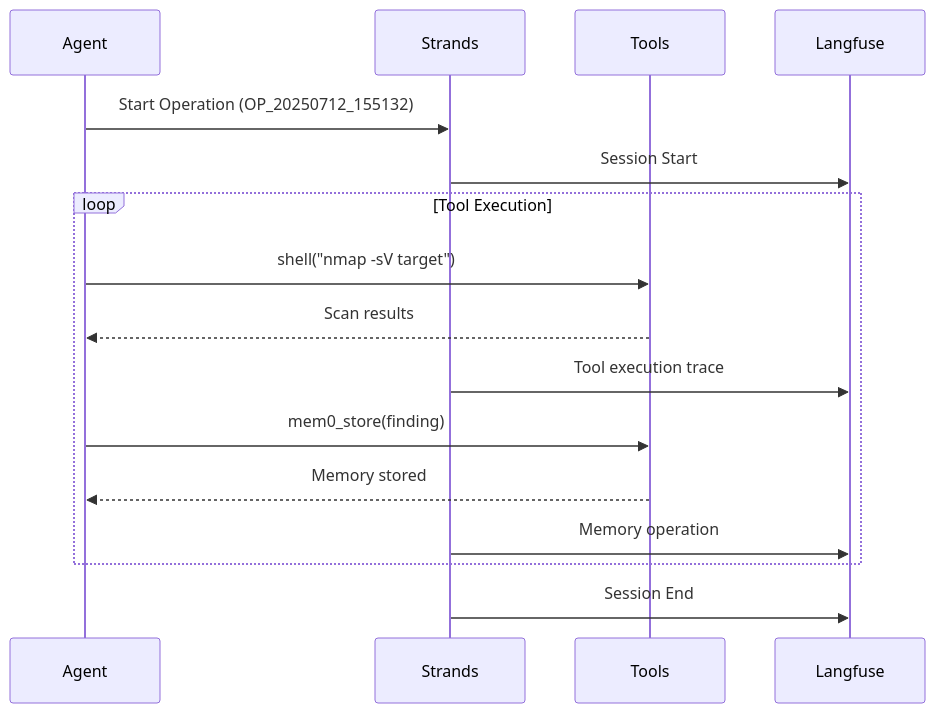
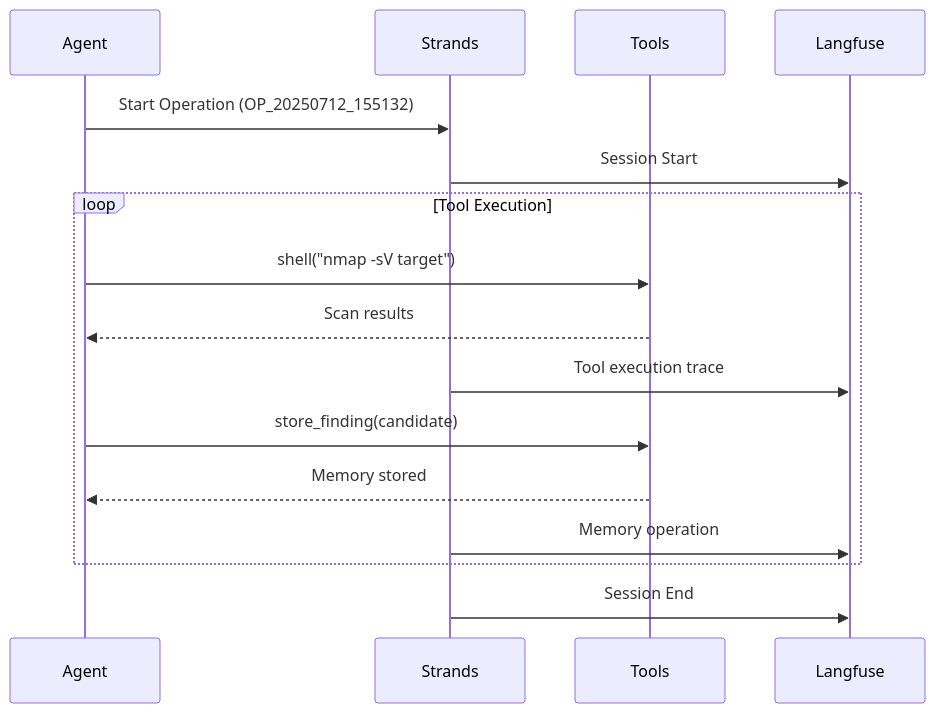
One commit to double16/Cyber-AutoAgent-ng changed the third of 3 diagrams in docs/observability-evaluation.md. Above: the diagram before and after it, drawn with Mermaid. The commit also changed other lines of this file and 182 other files, not shown here.

````diff
--- a/docs/observability-evaluation.md
+++ b/docs/observability-evaluation.md
@@ -49,22 +49,22 @@
 ```mermaid
 sequenceDiagram
     participant Agent
     participant Strands
     participant Tools
     participant Langfuse
     
     Agent->>Strands: Start Operation (OP_20250712_155132)
     Strands->>Langfuse: Session Start
     
     loop Tool Execution
         Agent->>Tools: shell("nmap -sV target")
         Tools-->>Agent: Scan results
         Strands->>Langfuse: Tool execution trace
         
-        Agent->>Tools: mem0_store(finding)
+        Agent->>Tools: store_finding(candidate)
         Tools-->>Agent: Memory stored
         Strands->>Langfuse: Memory operation
     end
     
     Strands->>Langfuse: Session End
 ```
````
